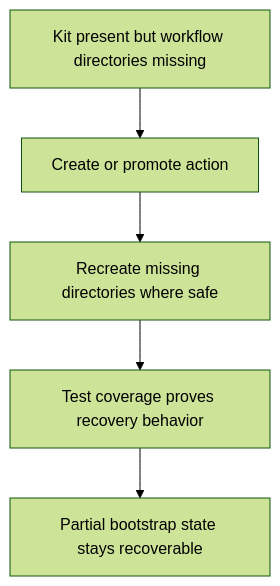
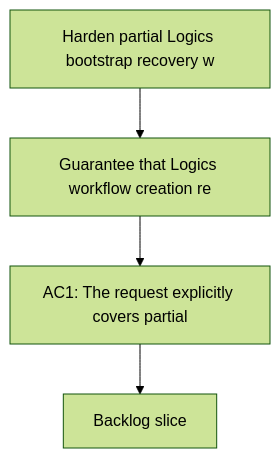
The diagram in logics/request/req_065_harden_partial_logics_bootstrap_recovery_when_workflow_directories_are_missing.md (AlexAgo83/logics-manager), drawn with Mermaid (forest theme) before and after one commit. The commit also changed 481 other files, not shown here.

Commit message:
Normalize Logics docs and workflow indicators

````diff
--- a/logics/request/req_065_harden_partial_logics_bootstrap_recovery_when_workflow_directories_are_missing.md
+++ b/logics/request/req_065_harden_partial_logics_bootstrap_recovery_when_workflow_directories_are_missing.md
@@ -43,9 +43,8 @@
 ```mermaid
 %% logics-kind: request
 %% logics-signature: request|harden-partial-logics-bootstrap-recovery|guarantee-that-logics-workflow-creation-|ac1-the-request-explicitly-covers-partia
 flowchart TD
-    State[Kit present but workflow directories missing] --> Flow[Create or promote action]
-    Flow --> Recovery[Recreate missing directories where safe]
-    Recovery --> Test[Test coverage proves recovery behavior]
-    Test --> Outcome[Partial bootstrap state stays recoverable]
+    Trigger[Harden partial Logics bootstrap recovery w] --> Need[Guarantee that Logics workflow creation re]
+    Need --> Outcome[AC1: The request explicitly covers partial]
+    Outcome --> Backlog[Backlog slice]
 ```
````
